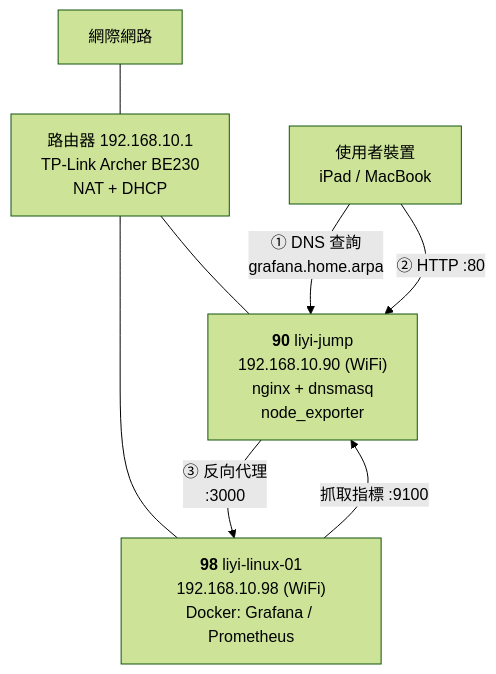
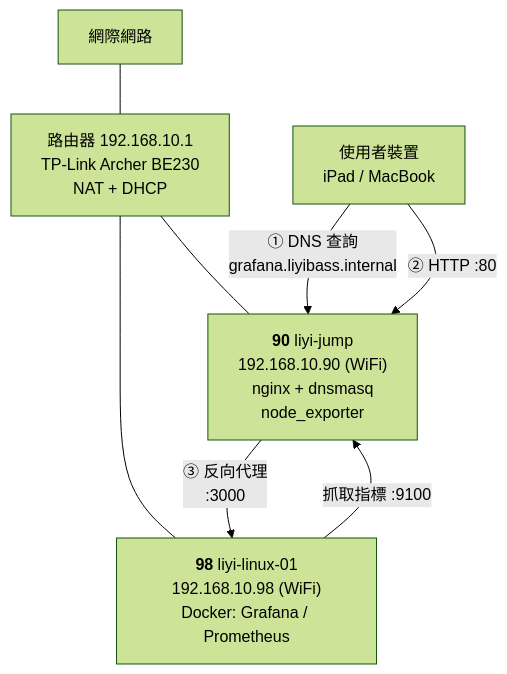
One commit to liyibass/software-engineer-roadmap changed the diagram in playground/liyi-server/架構現況.md. Above: the diagram before and after it, drawn with Mermaid (forest theme). The commit also changed other lines of this file and 3 other files, not shown here.

First line of the commit message:
docs: 區網網域改為 .liyibass.internal，並補充網域選擇的判準

````diff
--- a/playground/liyi-server/架構現況.md
+++ b/playground/liyi-server/架構現況.md
@@ -11,16 +11,16 @@
 ```mermaid
 graph TB
     NET["網際網路"]
     R["路由器 192.168.10.1<br/>TP-Link Archer BE230<br/>NAT + DHCP"]
     J["<b>90</b> liyi-jump<br/>192.168.10.90 (WiFi)<br/>nginx + dnsmasq<br/>node_exporter"]
     S["<b>98</b> liyi-linux-01<br/>192.168.10.98 (WiFi)<br/>Docker: Grafana / Prometheus"]
     U["使用者裝置<br/>iPad / MacBook"]
 
     NET --- R
     R --- J
     R --- S
-    U -->|"① DNS 查詢<br/>grafana.home.arpa"| J
+    U -->|"① DNS 查詢<br/>grafana.liyibass.internal"| J
     U -->|"② HTTP :80"| J
     J -->|"③ 反向代理<br/>:3000"| S
     S -->|"抓取指標 :9100"| J
 ```
````
